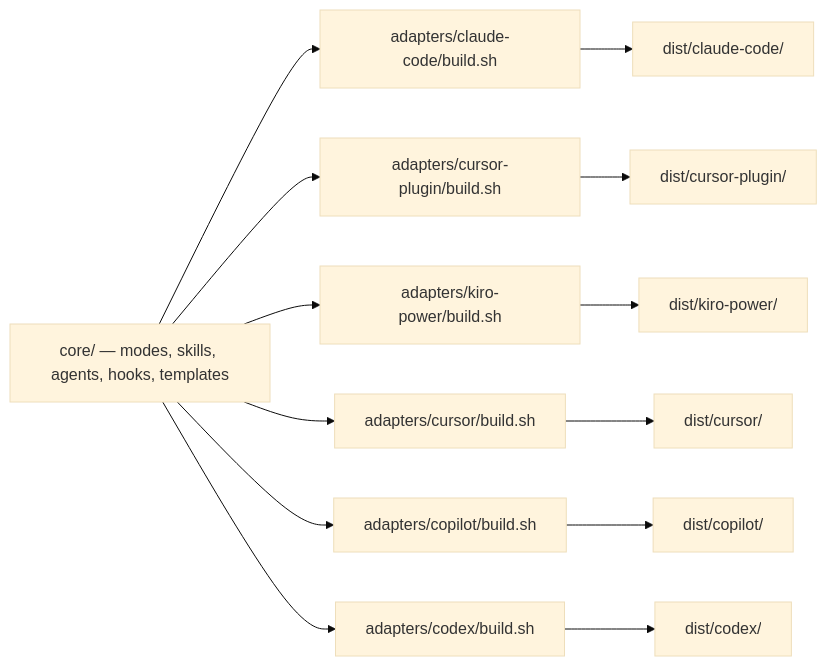
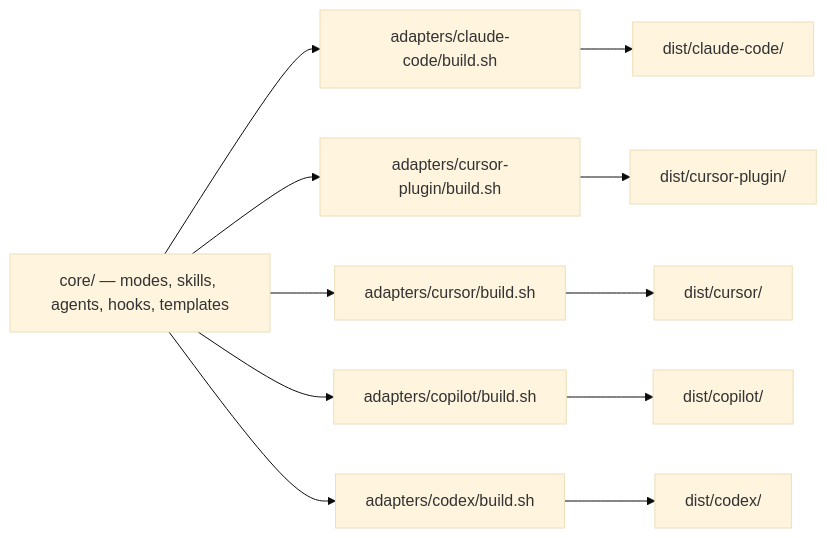
One commit to chetansharmapsi/pai-orbit changed the diagram in docs/architecture/system.md. Above: the diagram before and after it, drawn with Mermaid (base theme). The commit also changed other lines of this file and 38 other files, not shown here.

````diff
--- a/docs/architecture/system.md
+++ b/docs/architecture/system.md
@@ -31,15 +30,13 @@
 ```mermaid
 graph LR
     core[core/ — modes, skills, agents, hooks, templates] --> claudecode[adapters/claude-code/build.sh]
     core --> cursorplugin[adapters/cursor-plugin/build.sh]
-    core --> kiropower[adapters/kiro-power/build.sh]
     core --> cursor[adapters/cursor/build.sh]
     core --> copilot[adapters/copilot/build.sh]
     core --> codex[adapters/codex/build.sh]
     claudecode --> distcc[dist/claude-code/]
     cursorplugin --> distcp[dist/cursor-plugin/]
-    kiropower --> distkp[dist/kiro-power/]
     cursor --> distc[dist/cursor/]
     copilot --> distco[dist/copilot/]
     codex --> distcx[dist/codex/]
 ```
````
